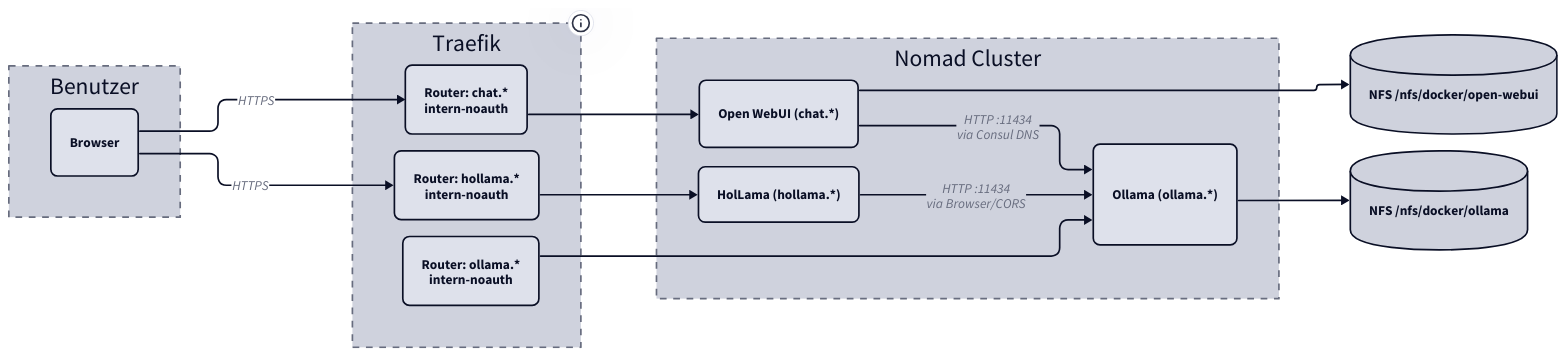
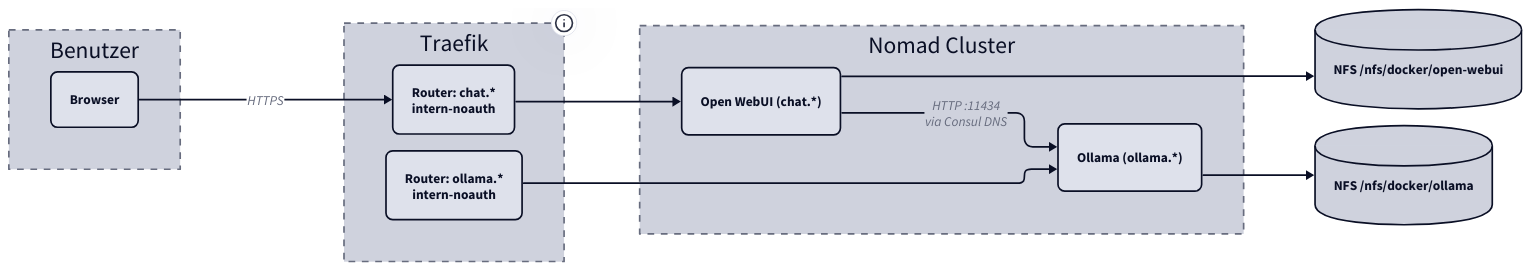
The diagram in docs/llm-stack/index.md (derever-labs/homelab-wiki), drawn with D2 before and after one commit. The commit also changed other lines of this file and 1 other file, not shown here.

First line of the commit message:
docs(llm-stack): HolLama als abgebaut entfernen

````diff
--- a/docs/llm-stack/index.md
+++ b/docs/llm-stack/index.md
@@ -47,42 +38,37 @@
 ```d2
 vars: {
   d2-config: {
     theme-id: 1
     layout-engine: elk
   }
 }
 direction: right
 
 User: Benutzer {
   style.stroke-dash: 4
   Browser: Browser { style.border-radius: 8 }
 }
 
 Traefik: "Traefik" {
   style.stroke-dash: 4
   tooltip: "IP siehe _referenz/hosts-und-ips.md"
   RC: "Router: chat.*\nintern-noauth" { style.border-radius: 8 }
-  RH: "Router: hollama.*\nintern-noauth" { style.border-radius: 8 }
   RO: "Router: ollama.*\nintern-noauth" { style.border-radius: 8 }
 }
 
 Nomad: "Nomad Cluster" {
   style.stroke-dash: 4
   OW: "Open WebUI (chat.*)" { style.border-radius: 8 }
-  HL: "HolLama (hollama.*)" { style.border-radius: 8 }
   OL: "Ollama (ollama.*)" { style.border-radius: 8 }
 }
 
 NFS: "NFS /nfs/docker/ollama" { shape: cylinder }
 NFS_OW: "NFS /nfs/docker/open-webui" { shape: cylinder }
 
 User.Browser -> Traefik.RC: HTTPS
-User.Browser -> Traefik.RH: HTTPS
 Traefik.RC -> Nomad.OW
-Traefik.RH -> Nomad.HL
 Nomad.OW -> Nomad.OL: "HTTP :11434\nvia Consul DNS"
-Nomad.HL -> Nomad.OL: "HTTP :11434\nvia Browser/CORS"
 Traefik.RO -> Nomad.OL
 Nomad.OL -> NFS
 Nomad.OW -> NFS_OW
 ```
````
